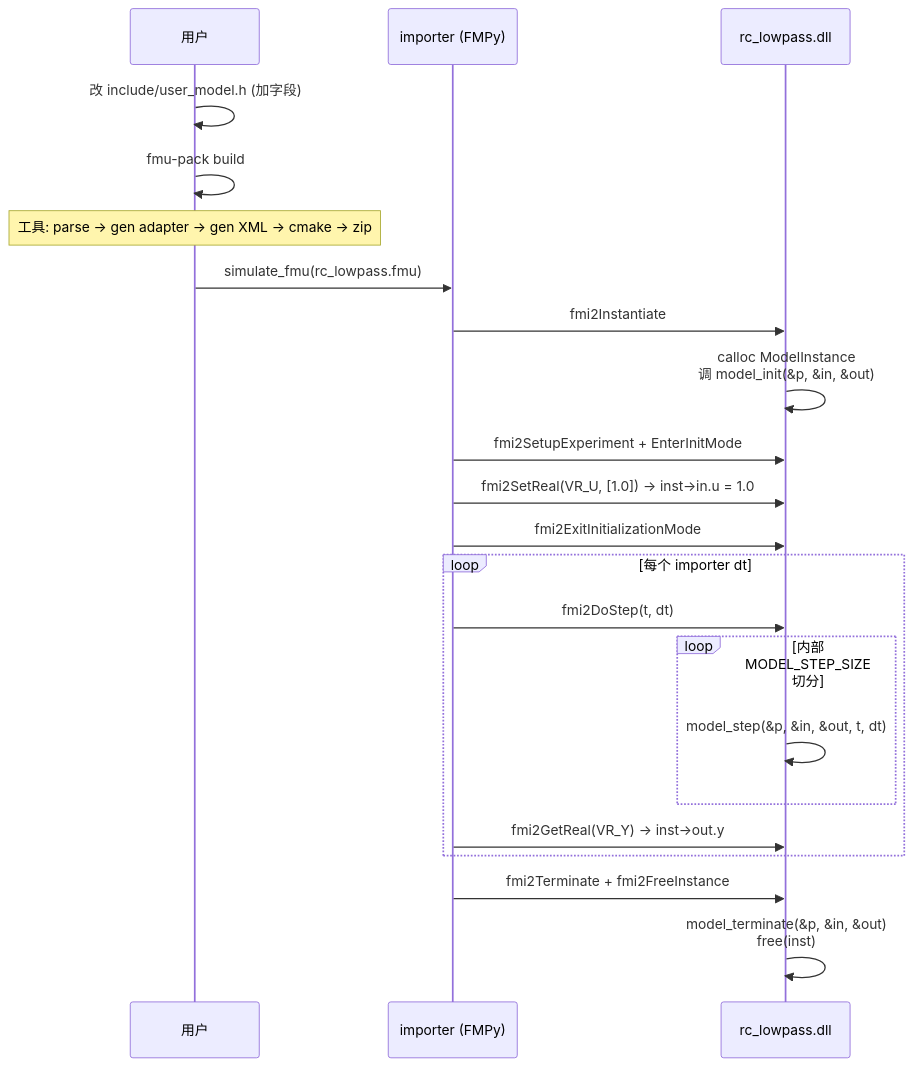
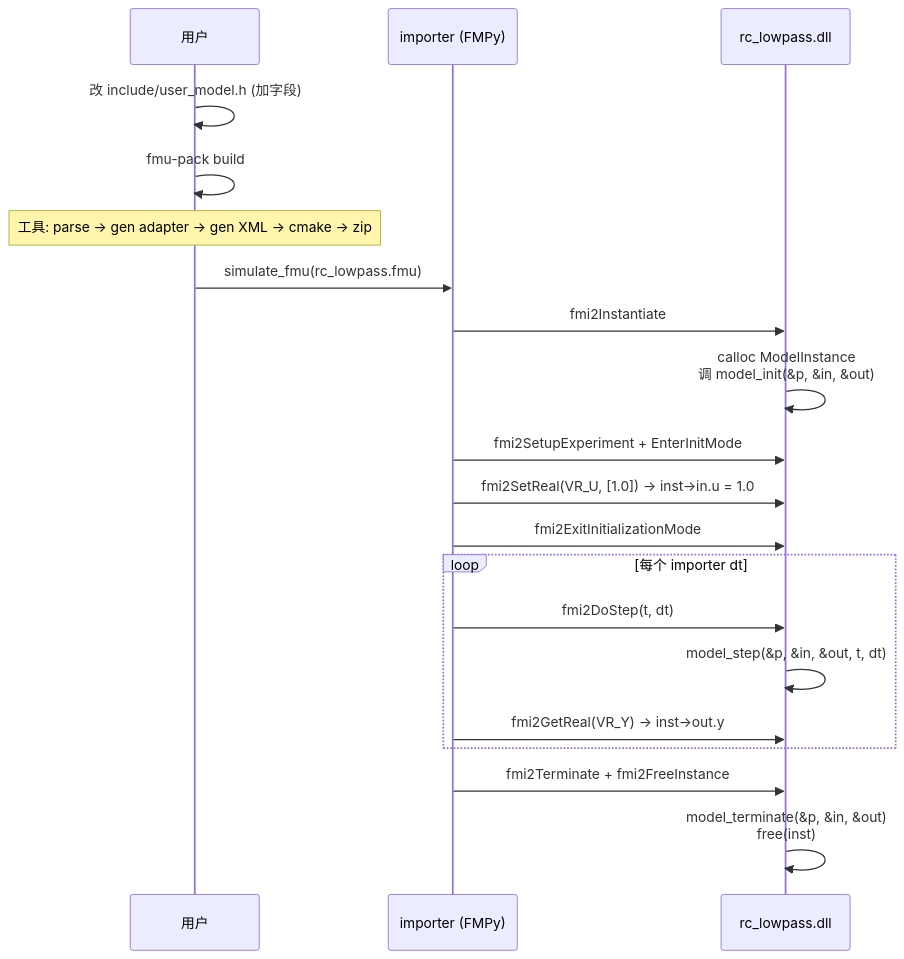
One commit to chechem3/fmu_test changed the second of 2 diagrams in doc/FMU和打包设计.md. Above: the diagram before and after it, drawn with Mermaid. The commit also changed other lines of this file and 13 other files, not shown here.

First line of the commit message:
feat(rc_lowpass): add RC lowpass filter FMU with user model interface

````diff
--- a/doc/FMU和打包设计.md
+++ b/doc/FMU和打包设计.md
@@ -288,26 +329,24 @@
 ```mermaid
 sequenceDiagram
     participant U as 用户
     participant I as importer (FMPy)
     participant FMU as rc_lowpass.dll
 
     U->>U: 改 include/user_model.h (加字段)
     U->>U: fmu-pack build
     Note over U: 工具: parse → gen adapter → gen XML → cmake → zip
 
     U->>I: simulate_fmu(rc_lowpass.fmu)
     I->>FMU: fmi2Instantiate
     FMU->>FMU: calloc ModelInstance<br/>调 model_init(&p, &in, &out)
     I->>FMU: fmi2SetupExperiment + EnterInitMode
     I->>FMU: fmi2SetReal(VR_U, [1.0])  → inst->in.u = 1.0
     I->>FMU: fmi2ExitInitializationMode
     loop 每个 importer dt
         I->>FMU: fmi2DoStep(t, dt)
-        loop 内部 MODEL_STEP_SIZE 切分
-            FMU->>FMU: model_step(&p, &in, &out, t, dt)
-        end
+        FMU->>FMU: model_step(&p, &in, &out, t, dt)
         I->>FMU: fmi2GetReal(VR_Y)  → inst->out.y
     end
     I->>FMU: fmi2Terminate + fmi2FreeInstance
     FMU->>FMU: model_terminate(&p, &in, &out)<br/>free(inst)
 ```
````
